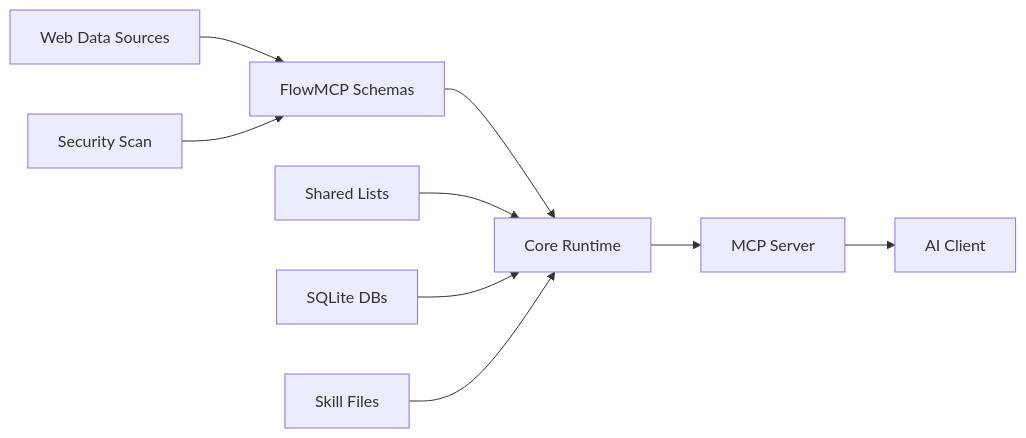
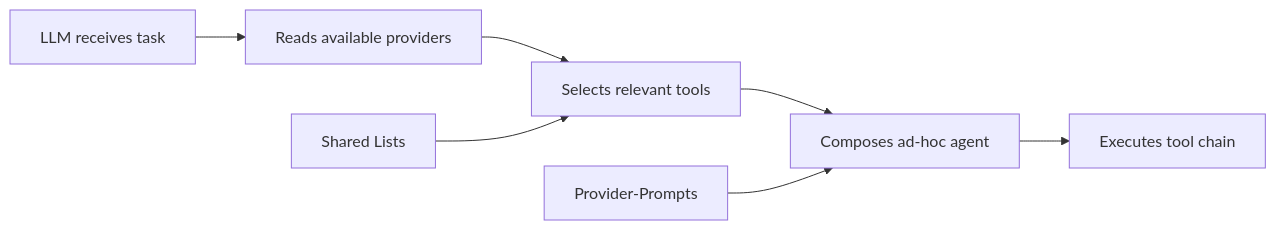
One commit to FlowMCP/flowmcp.github.io changed the second of 3 diagrams in src/content/docs/specification/overview.md. Above: the diagram before and after it, drawn with Mermaid. The commit also changed other lines of this file and 45 other files, not shown here.

````diff
--- a/src/content/docs/specification/overview.md
+++ b/src/content/docs/specification/overview.md
@@ -34,11 +143,10 @@
 ```mermaid
 flowchart LR
-    A[Web Data Sources] --> B[FlowMCP Schemas]
-    B --> C[Core Runtime]
-    C --> D[MCP Server]
-    D --> E[AI Client]
+    A[LLM receives task] --> B[Reads available providers]
+    B --> C[Selects relevant tools]
+    C --> D[Composes ad-hoc agent]
+    D --> E[Executes tool chain]
+
     F[Shared Lists] --> C
-    G[Security Scan] --> B
-    H[SQLite DBs] --> C
-    I[Skill Files] --> C
+    G[Provider-Prompts] --> D
 ```
````
